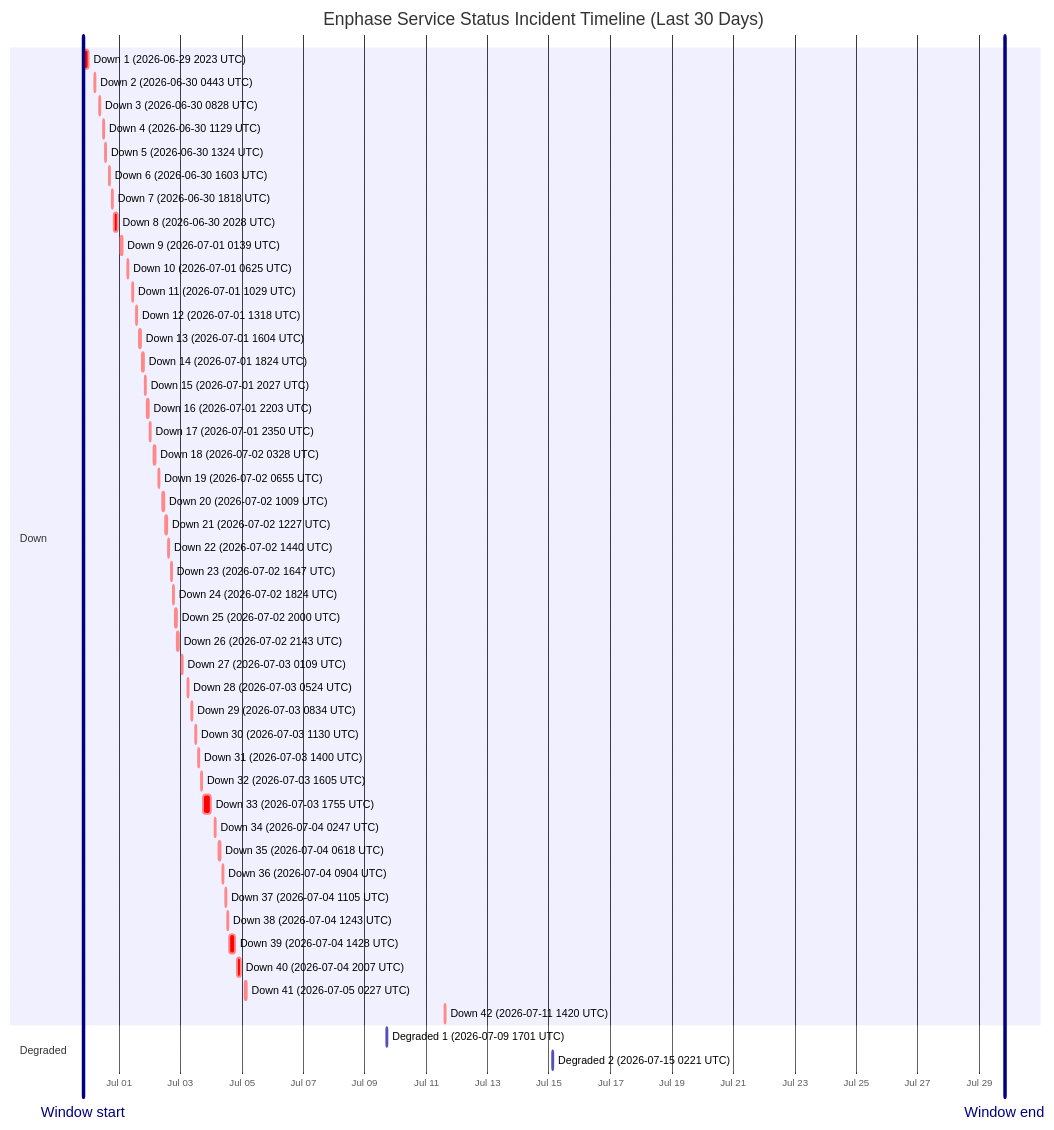
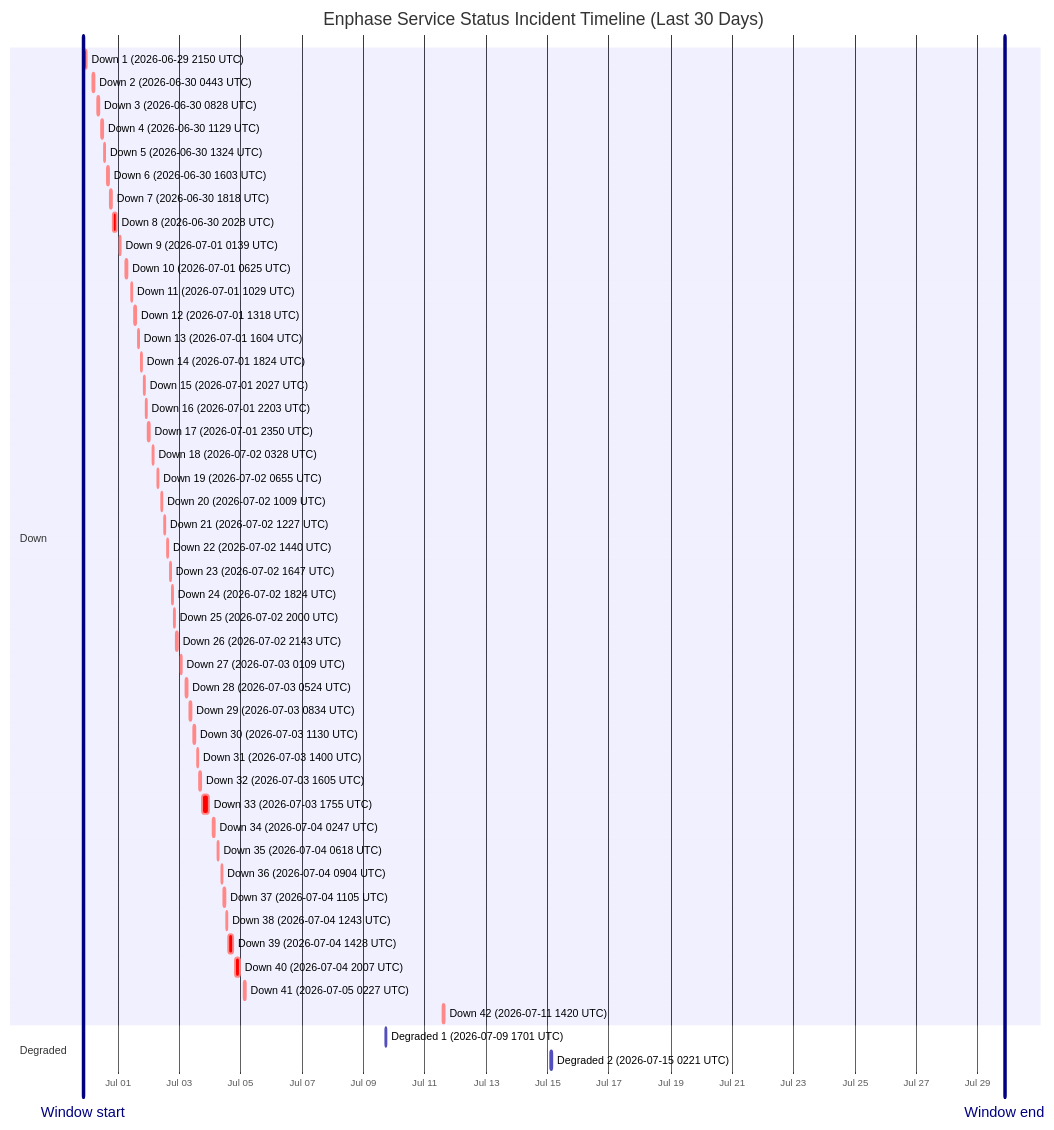
The diagram in wiki/Service-Status-History.md (barneyonline/ha-enphase-energy), drawn with Mermaid before and after one commit. The commit also changed other lines of this file and 3 other files, not shown here.

````diff
--- a/wiki/Service-Status-History.md
+++ b/wiki/Service-Status-History.md
@@ -14,54 +14,54 @@
 ```mermaid
 gantt
     title Enphase Service Status Incident Timeline (Last 30 Days)
     dateFormat  YYYY-MM-DDTHH:mm:ss
     axisFormat  %b %d
-    Window start :vert, window-start, 2026-06-29T19:51:49, 0ms
-    Window end :vert, window-end, 2026-07-29T19:51:49, 0ms
+    Window start :vert, window-start, 2026-06-29T20:53:42, 0ms
+    Window end :vert, window-end, 2026-07-29T20:53:42, 0ms
     section Down
-    Down 1 (2026-06-29 2023 UTC) :crit, down-1, 2026-06-29T20:23:16, 220m
+    Down 1 (2026-06-29 2150 UTC) :crit, down-1, 2026-06-29T21:50:52, 133m
     Down 2 (2026-06-30 0443 UTC) :crit, down-2, 2026-06-30T04:43:54, 60m
     Down 3 (2026-06-30 0828 UTC) :crit, down-3, 2026-06-30T08:28:43, 60m
     Down 4 (2026-06-30 1129 UTC) :crit, down-4, 2026-06-30T11:29:15, 60m
     Down 5 (2026-06-30 1324 UTC) :crit, down-5, 2026-06-30T13:24:25, 60m
     Down 6 (2026-06-30 1603 UTC) :crit, down-6, 2026-06-30T16:03:26, 60m
     Down 7 (2026-06-30 1818 UTC) :crit, down-7, 2026-06-30T18:18:39, 60m
     Down 8 (2026-06-30 2028 UTC) :crit, down-8, 2026-06-30T20:28:54, 171m
     Down 9 (2026-07-01 0139 UTC) :crit, down-9, 2026-07-01T01:39:18, 60m
     Down 10 (2026-07-01 0625 UTC) :crit, down-10, 2026-07-01T06:25:35, 60m
     Down 11 (2026-07-01 1029 UTC) :crit, down-11, 2026-07-01T10:29:24, 60m
     Down 12 (2026-07-01 1318 UTC) :crit, down-12, 2026-07-01T13:18:31, 60m
     Down 13 (2026-07-01 1604 UTC) :crit, down-13, 2026-07-01T16:04:29, 60m
     Down 14 (2026-07-01 1824 UTC) :crit, down-14, 2026-07-01T18:24:21, 60m
     Down 15 (2026-07-01 2027 UTC) :crit, down-15, 2026-07-01T20:27:17, 60m
     Down 16 (2026-07-01 2203 UTC) :crit, down-16, 2026-07-01T22:03:46, 60m
     Down 17 (2026-07-01 2350 UTC) :crit, down-17, 2026-07-01T23:50:52, 60m
     Down 18 (2026-07-02 0328 UTC) :crit, down-18, 2026-07-02T03:28:33, 60m
     Down 19 (2026-07-02 0655 UTC) :crit, down-19, 2026-07-02T06:55:07, 60m
     Down 20 (2026-07-02 1009 UTC) :crit, down-20, 2026-07-02T10:09:15, 60m
     Down 21 (2026-07-02 1227 UTC) :crit, down-21, 2026-07-02T12:27:49, 60m
     Down 22 (2026-07-02 1440 UTC) :crit, down-22, 2026-07-02T14:40:53, 60m
     Down 23 (2026-07-02 1647 UTC) :crit, down-23, 2026-07-02T16:47:47, 60m
     Down 24 (2026-07-02 1824 UTC) :crit, down-24, 2026-07-02T18:24:26, 60m
     Down 25 (2026-07-02 2000 UTC) :crit, down-25, 2026-07-02T20:00:57, 60m
     Down 26 (2026-07-02 2143 UTC) :crit, down-26, 2026-07-02T21:43:52, 80m
     Down 27 (2026-07-03 0109 UTC) :crit, down-27, 2026-07-03T01:09:19, 60m
     Down 28 (2026-07-03 0524 UTC) :crit, down-28, 2026-07-03T05:24:23, 60m
     Down 29 (2026-07-03 0834 UTC) :crit, down-29, 2026-07-03T08:34:05, 60m
     Down 30 (2026-07-03 1130 UTC) :crit, down-30, 2026-07-03T11:30:41, 60m
     Down 31 (2026-07-03 1400 UTC) :crit, down-31, 2026-07-03T14:00:48, 60m
     Down 32 (2026-07-03 1605 UTC) :crit, down-32, 2026-07-03T16:05:49, 60m
     Down 33 (2026-07-03 1755 UTC) :crit, down-33, 2026-07-03T17:55:54, 338m
     Down 34 (2026-07-04 0247 UTC) :crit, down-34, 2026-07-04T02:47:22, 60m
     Down 35 (2026-07-04 0618 UTC) :crit, down-35, 2026-07-04T06:18:09, 60m
     Down 36 (2026-07-04 0904 UTC) :crit, down-36, 2026-07-04T09:04:41, 60m
     Down 37 (2026-07-04 1105 UTC) :crit, down-37, 2026-07-04T11:05:21, 60m
     Down 38 (2026-07-04 1243 UTC) :crit, down-38, 2026-07-04T12:43:25, 60m
     Down 39 (2026-07-04 1428 UTC) :crit, down-39, 2026-07-04T14:28:07, 243m
     Down 40 (2026-07-04 2007 UTC) :crit, down-40, 2026-07-04T20:07:50, 206m
     Down 41 (2026-07-05 0227 UTC) :crit, down-41, 2026-07-05T02:27:32, 109m
     Down 42 (2026-07-11 1420 UTC) :crit, down-42, 2026-07-11T14:20:54, 69m
     section Degraded
     Degraded 1 (2026-07-09 1701 UTC) :active, degraded-1, 2026-07-09T17:01:02, 60m
     Degraded 2 (2026-07-15 0221 UTC) :active, degraded-2, 2026-07-15T02:21:35, 60m
 ```
````
